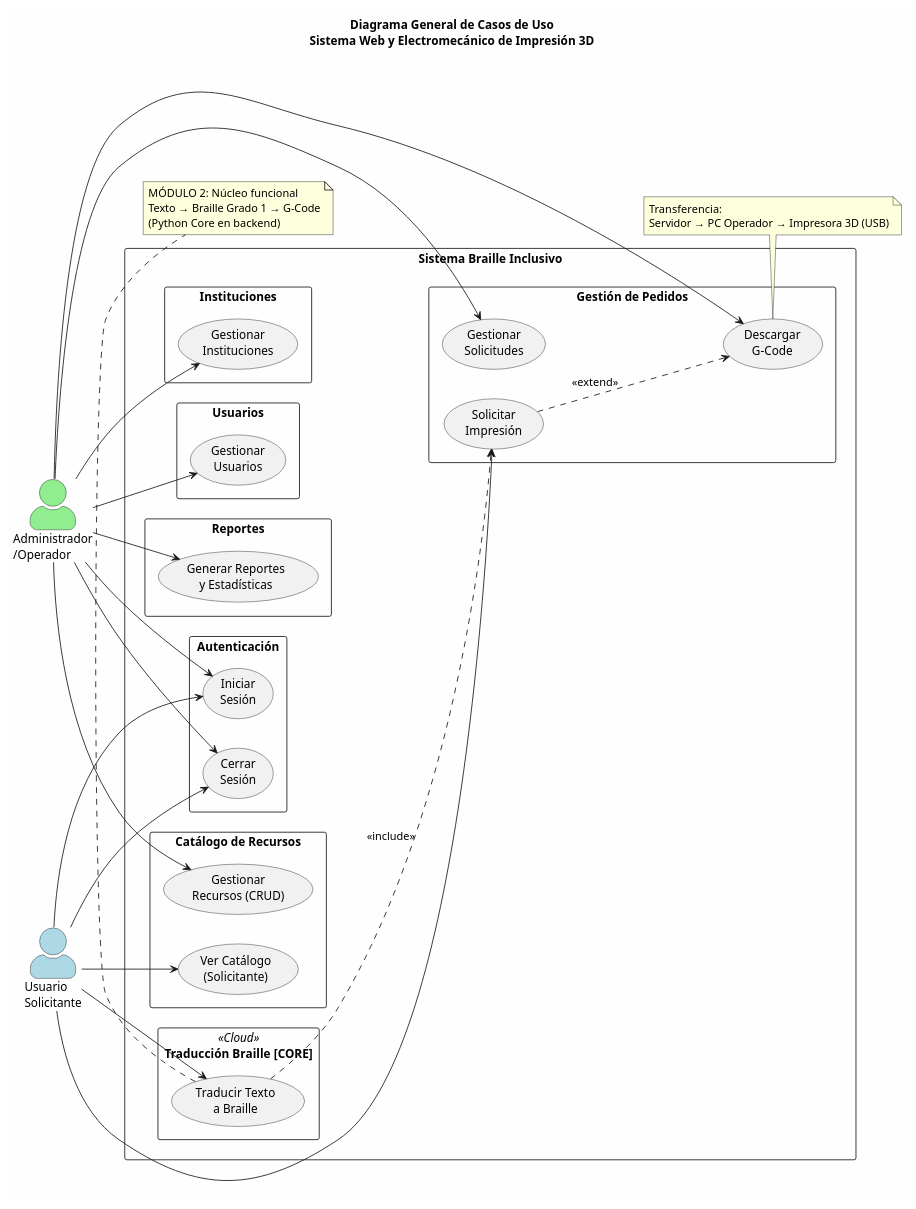
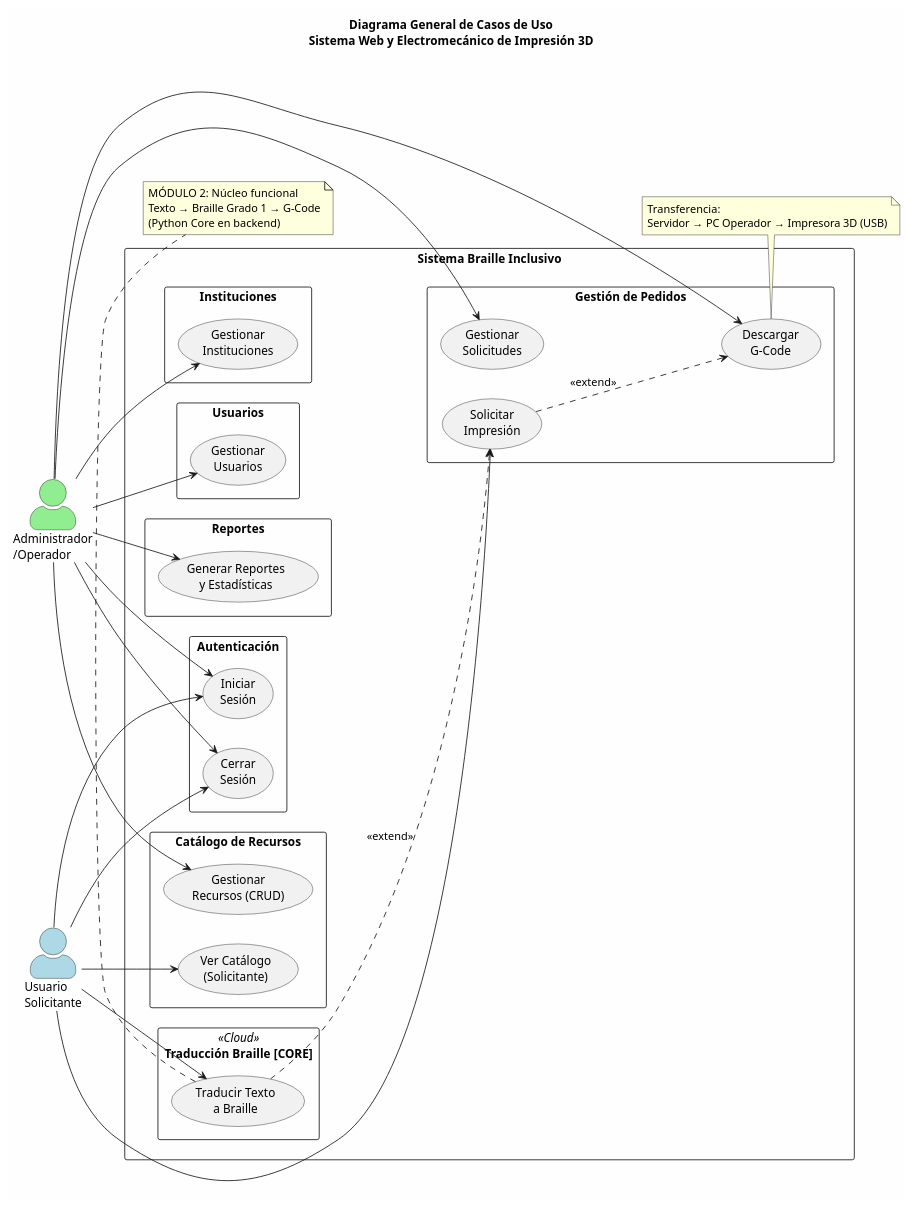
One commit to ArlTechDev/sistema-3d-inclusivo changed the diagram in docs/casos_de_uso/plantuml/UC00_diagrama_general.puml. Above: the diagram before and after it, drawn with PlantUML. The commit also changed 3 other files, not shown here.

First line of the commit message:
fix(uml): corregir inconsistencias en UC-00 y Diagrama de Clases

```diff
--- a/docs/casos_de_uso/plantuml/UC00_diagrama_general.puml
+++ b/docs/casos_de_uso/plantuml/UC00_diagrama_general.puml
@@ -1,96 +1,96 @@
 @startuml UC00_Diagrama_General
 ' =============================================
 ' UC-00: Diagrama General del Sistema
 ' Sistema Braille Inclusivo — PSCP
 ' =============================================
 
 left to right direction
 skinparam actorStyle awesome
 skinparam packageStyle rectangle
 skinparam backgroundColor #FEFEFE
 skinparam shadowing false
 skinparam defaultFontName "Segoe UI"
 
 title Diagrama General de Casos de Uso\nSistema Web y Electromecánico de Impresión 3D
 
 ' === ACTORES ===
 actor "Usuario\nSolicitante" as S #LightBlue
 actor "Administrador\n/Operador" as A #LightGreen
 
 ' === SISTEMA ===
 rectangle "Sistema Braille Inclusivo" as SYS {
 
     ' -- Autenticación --
     package "Autenticación" {
         usecase "Iniciar\nSesión" as UC01a
         usecase "Cerrar\nSesión" as UC01b
     }
 
     ' -- Catálogo --
     package "Catálogo de Recursos" {
         usecase "Ver Catálogo\n(Solicitante)" as UC03
         usecase "Gestionar\nRecursos (CRUD)" as UC02
     }
 
     ' -- Instituciones --
     package "Instituciones" {
         usecase "Gestionar\nInstituciones" as UC04
     }
 
     ' -- Usuarios --
     package "Usuarios" {
         usecase "Gestionar\nUsuarios" as UC05
     }
 
     ' -- Traducción (CORE) --
     package "Traducción Braille [CORE]" <<Cloud>> {
         usecase "Traducir Texto\na Braille" as UC06
     }
 
     ' -- Solicitudes --
     package "Gestión de Pedidos" {
         usecase "Solicitar\nImpresión" as UC07
         usecase "Gestionar\nSolicitudes" as UC08
         usecase "Descargar\nG-Code" as UC09
     }
 
     ' -- Reportes --
     package "Reportes" {
         usecase "Generar Reportes\ny Estadísticas" as UC10
     }
 }
 
 ' === CONEXIONES SOLICITANTE ===
 S --> UC01a
 S --> UC01b
 S --> UC03
 S --> UC06
 S --> UC07
 
 ' === CONEXIONES ADMINISTRADOR ===
 A --> UC01a
 A --> UC01b
 A --> UC02
 A --> UC04
 A --> UC05
 A --> UC08
 A --> UC09
 A --> UC10
 
-' === RELACIONES INCLUDE/EXTEND ===
-UC06 ..> UC07 : <<include>>
+' === RELACIONES ===
+UC06 ..> UC07 : <<extend>>
 UC07 ..> UC09 : <<extend>>
 
 ' === NOTAS ===
 note bottom of UC06
   MÓDULO 2: Núcleo funcional
   Texto → Braille Grado 1 → G-Code
   (Python Core en backend)
 end note
 
 note bottom of UC09
   Transferencia:
   Servidor → PC Operador → Impresora 3D (USB)
 end note
 
 @enduml
```
